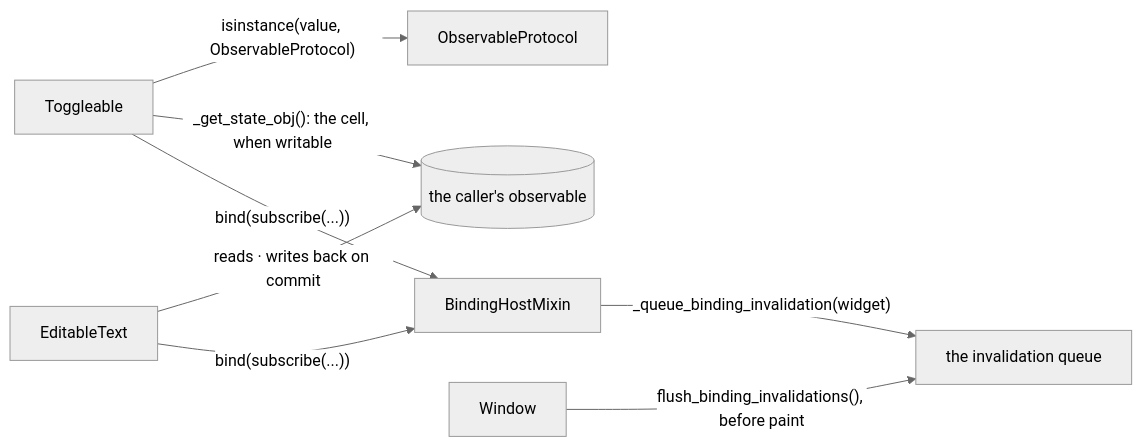
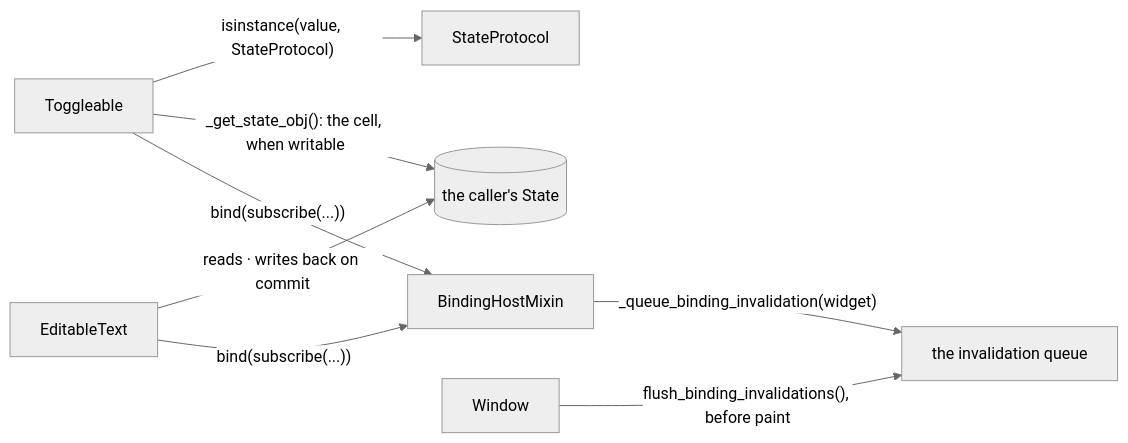
Before and after one commit to yuksblog/nuiitivet: the seventh of 8 diagrams in docs/design/OBSERVABLE.md, drawn with Mermaid (neutral theme). The commit also changed other lines of this file and 77 other files, not shown here.

````diff
--- a/docs/design/OBSERVABLE.md
+++ b/docs/design/OBSERVABLE.md
@@ -280,17 +280,17 @@
 ```mermaid
 flowchart LR
-    caller[(the caller's observable)]
-    proto[ObservableProtocol]
+    caller[(the caller's State)]
+    proto[StateProtocol]
     toggle[Toggleable]
     text[EditableText]
     host[BindingHostMixin]
     queue[the invalidation queue]
     window[Window]
 
-    toggle -- "isinstance(value, ObservableProtocol)" --> proto
+    toggle -- "isinstance(value, StateProtocol)" --> proto
     toggle -- "_get_state_obj(): the cell, when writable" --> caller
     text -- "reads · writes back on commit" --> caller
     toggle & text -- "bind(subscribe(...))" --> host
     host -- "_queue_binding_invalidation(widget)" --> queue
     window -- "flush_binding_invalidations(), before paint" --> queue
 ```
````
